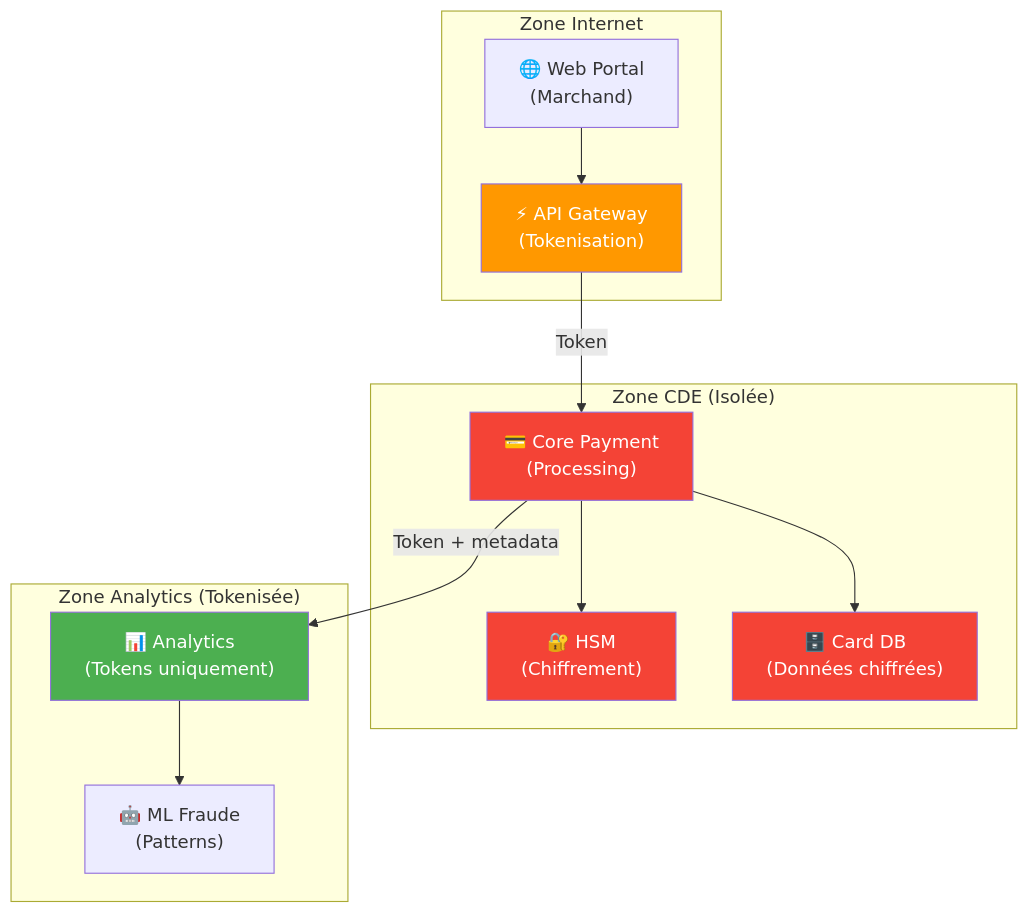
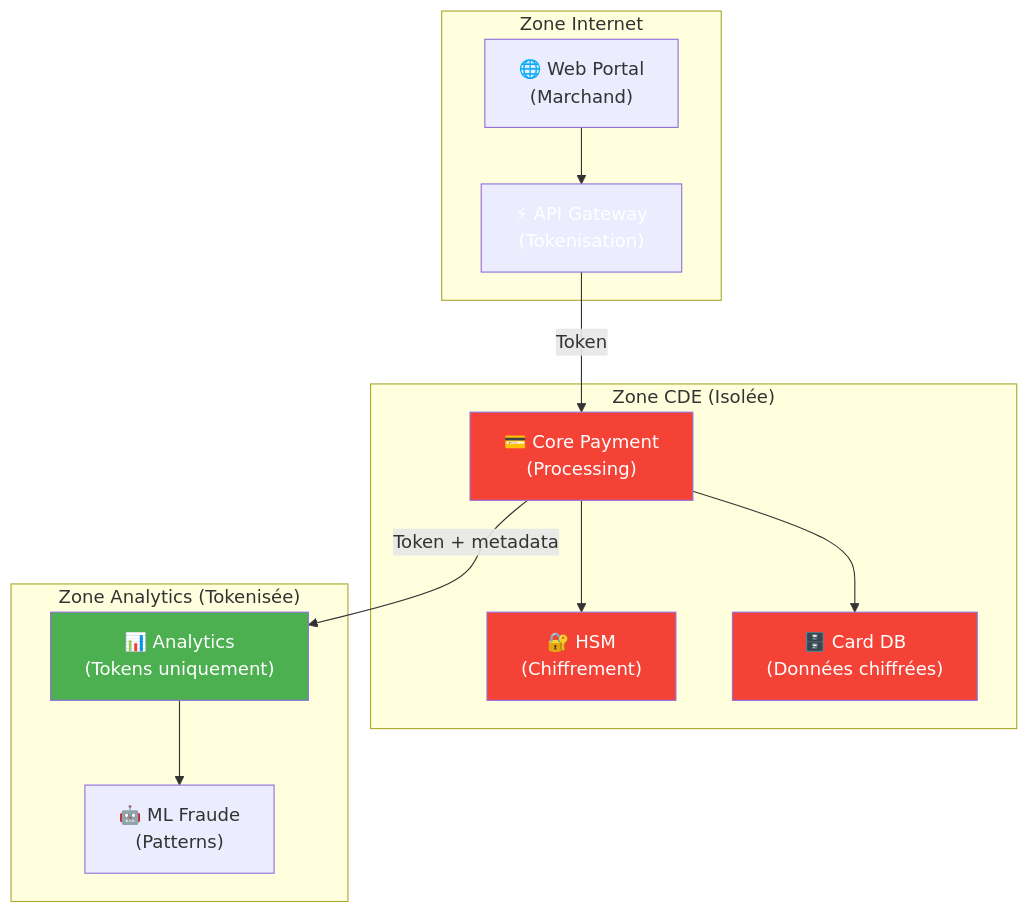
Before and after one commit to VBlackJack/ShellBook: the third of 11 diagrams in docs/formations/cloud-fundamentals/07-module.md, drawn with Mermaid. The commit also changed other lines of this file and 337 other files, not shown here.

First line of the commit message:
refactor(docs): Standardize code blocks and Mermaid colors

````diff
--- a/docs/formations/cloud-fundamentals/07-module.md
+++ b/docs/formations/cloud-fundamentals/07-module.md
@@ -103,31 +103,31 @@
 ```mermaid
 graph TB
     subgraph "Zone Internet"
         WEB["🌐 Web Portal<br/>(Marchand)"]
         API["⚡ API Gateway<br/>(Tokenisation)"]
     end
 
     subgraph "Zone CDE (Isolée)"
         HSM["🔐 HSM<br/>(Chiffrement)"]
         CORE["💳 Core Payment<br/>(Processing)"]
         DB["🗄️ Card DB<br/>(Données chiffrées)"]
     end
 
     subgraph "Zone Analytics (Tokenisée)"
         ANALYTICS["📊 Analytics<br/>(Tokens uniquement)"]
         ML["🤖 ML Fraude<br/>(Patterns)"]
     end
 
     WEB --> API
     API -->|"Token"| CORE
     CORE --> HSM
     CORE --> DB
     CORE -->|"Token + metadata"| ANALYTICS
     ANALYTICS --> ML
 
     style HSM fill:#f44336,color:#fff
     style CORE fill:#f44336,color:#fff
     style DB fill:#f44336,color:#fff
-    style API fill:#ff9800,color:#fff
+    style API fill:#FF9800800800,color:#fff
     style ANALYTICS fill:#4caf50,color:#fff
 ```
````
